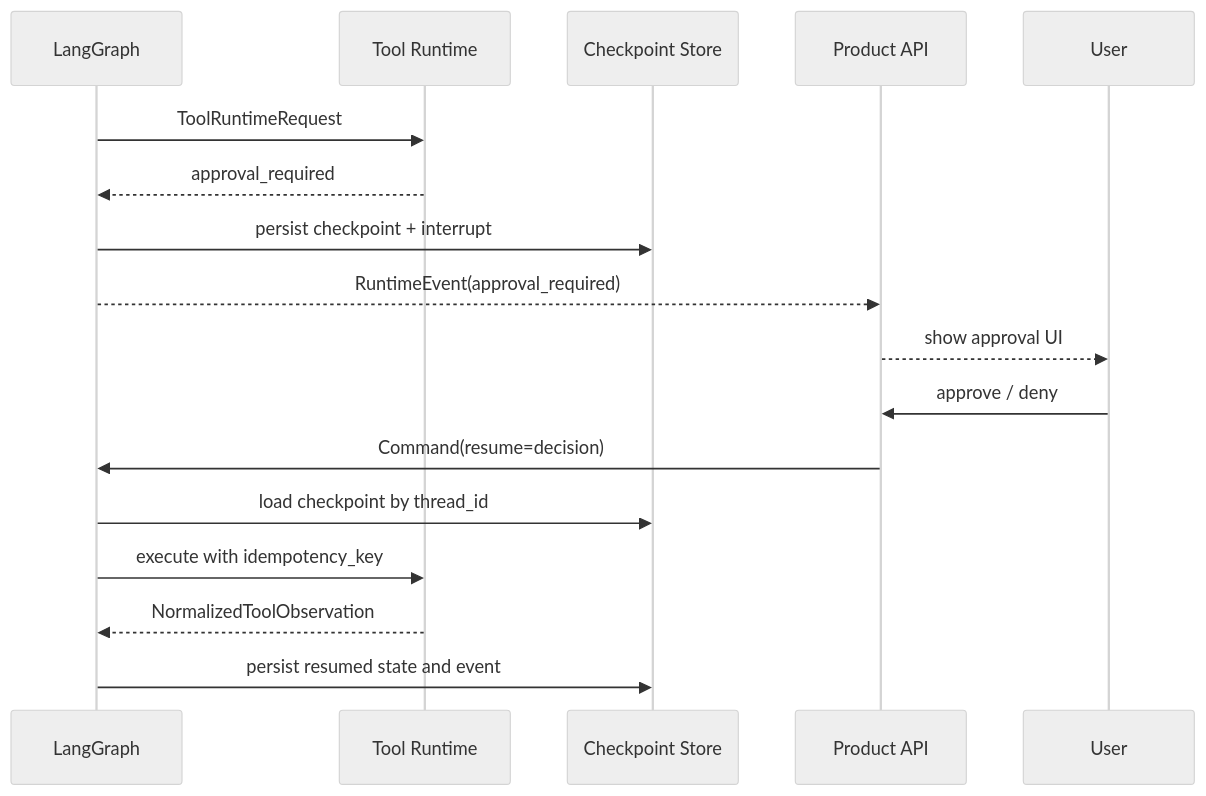
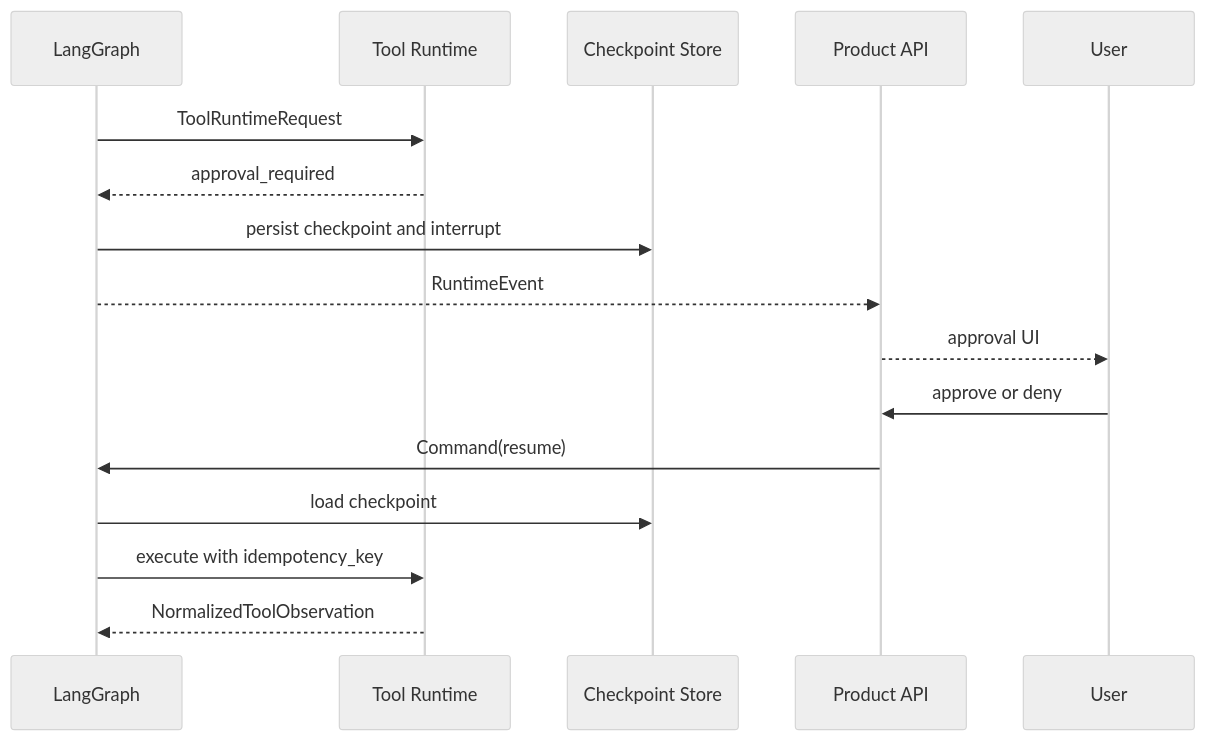
One commit to ProfessorZhi/Zuno changed the ninth of 30 diagrams in docs/architecture/architecture.md. Above: the diagram before and after it, drawn with Mermaid (neutral theme). The commit also changed other lines of this file, not shown here.

Commit message:
Make target architecture Markdown text-first and design-complete

````diff
--- a/docs/architecture/architecture.md
+++ b/docs/architecture/architecture.md
@@ -444,20 +773,18 @@
 ```mermaid
 sequenceDiagram
   participant G as LangGraph
   participant T as Tool Runtime
   participant S as Checkpoint Store
   participant API as Product API
   participant U as User
-
   G->>T: ToolRuntimeRequest
   T-->>G: approval_required
-  G->>S: persist checkpoint + interrupt
-  G-->>API: RuntimeEvent(approval_required)
-  API-->>U: show approval UI
-  U->>API: approve / deny
-  API->>G: Command(resume=decision)
-  G->>S: load checkpoint by thread_id
+  G->>S: persist checkpoint and interrupt
+  G-->>API: RuntimeEvent
+  API-->>U: approval UI
+  U->>API: approve or deny
+  API->>G: Command(resume)
+  G->>S: load checkpoint
   G->>T: execute with idempotency_key
   T-->>G: NormalizedToolObservation
-  G->>S: persist resumed state and event
 ```
````
